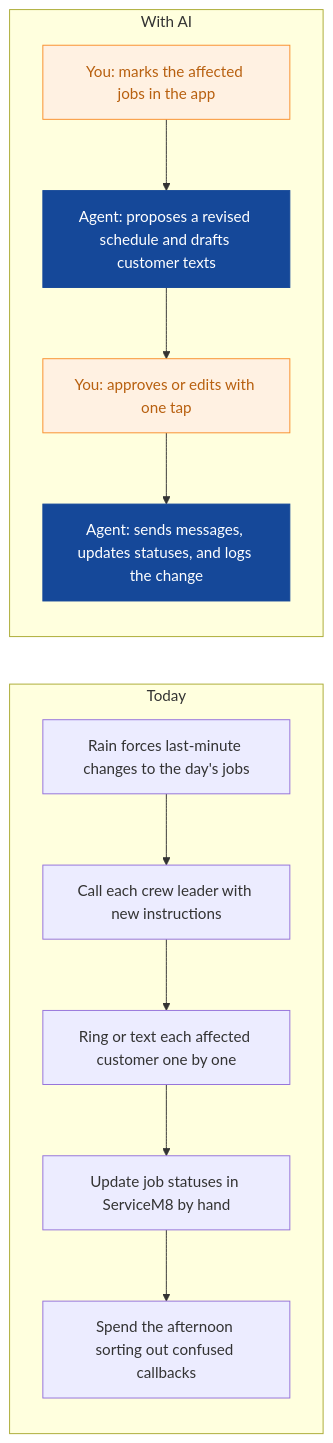
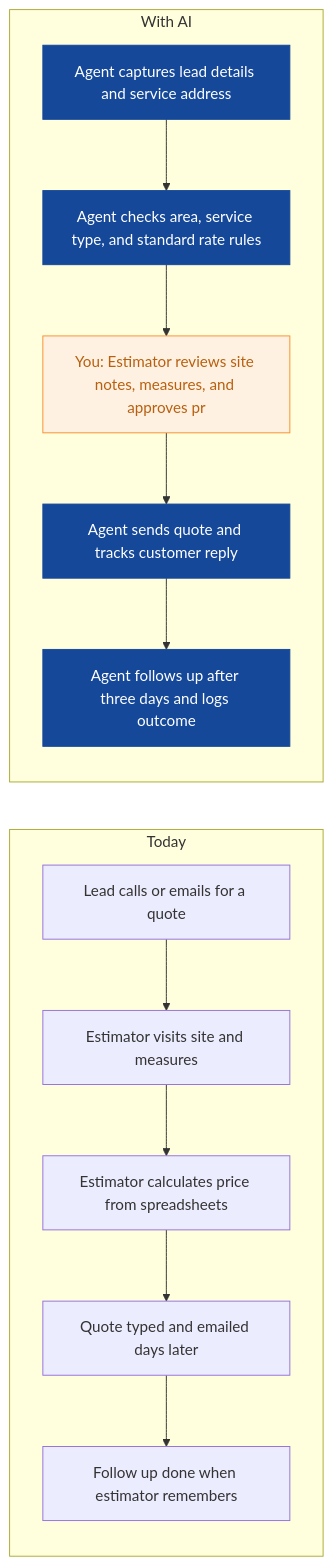
Before and after one commit to nexibeo/Complete-AI-Strategy: the second of 8 diagrams in strategies/verdant-roots-landscaping.md, drawn with Mermaid. The commit also changed other lines of this file and 26 other files, not shown here.

````diff
--- a/strategies/verdant-roots-landscaping.md
+++ b/strategies/verdant-roots-landscaping.md
@@ -78,22 +82,23 @@
 ```mermaid
 flowchart LR
   subgraph Today
-    B0["Rain forces last-minute changes to the day's jobs"]
-    B1["Call each crew leader with new instructions"]
-    B2["Ring or text each affected customer one by one"]
-    B3["Update job statuses in ServiceM8 by hand"]
-    B4["Spend the afternoon sorting out confused callbacks"]
+    B0["Lead calls or emails for a quote"]
+    B1["Estimator visits site and measures"]
+    B2["Estimator calculates price from spreadsheets"]
+    B3["Quote typed and emailed days later"]
+    B4["Follow up done when estimator remembers"]
     B0 --> B1 --> B2 --> B3 --> B4
   end
   subgraph WithAI[With AI]
-    A0["You: marks the affected jobs in the app"]
-    A1["Agent: proposes a revised schedule and drafts customer texts"]
-    A2["You: approves or edits with one tap"]
-    A3["Agent: sends messages, updates statuses, and logs the change"]
-    A0 --> A1 --> A2 --> A3
+    A0["Agent captures lead details and service address"]
+    A1["Agent checks area, service type, and standard rate rules"]
+    A2["You: Estimator reviews site notes, measures, and approves pr"]
+    A3["Agent sends quote and tracks customer reply"]
+    A4["Agent follows up after three days and logs outcome"]
+    A0 --> A1 --> A2 --> A3 --> A4
   end
   classDef ai fill:#154899,color:#fff,stroke:#154899
   classDef human fill:#FFF1E2,color:#B8600F,stroke:#F98F2C
-  class A1,A3 ai
-  class A0,A2 human
+  class A0,A1,A3,A4 ai
+  class A2 human
 ```
````
